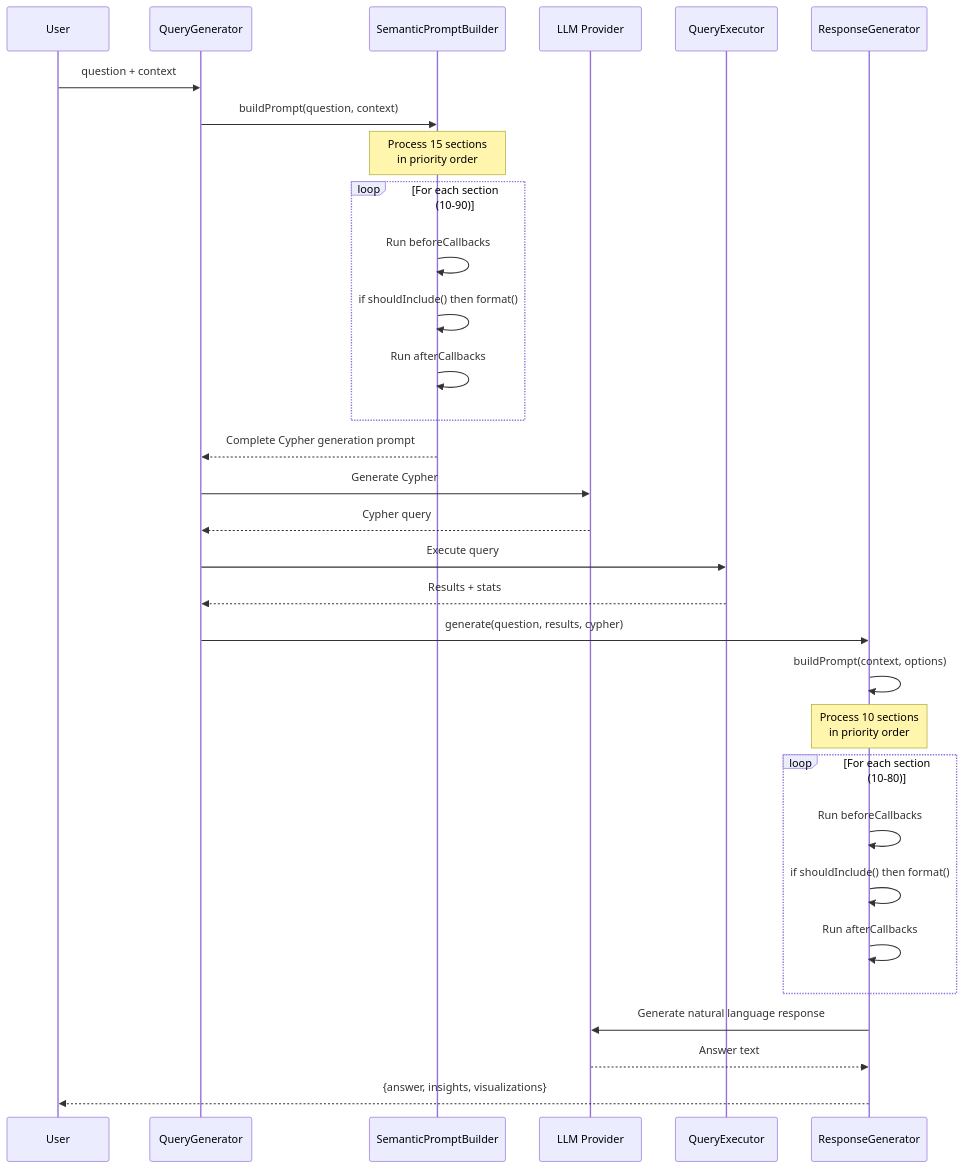
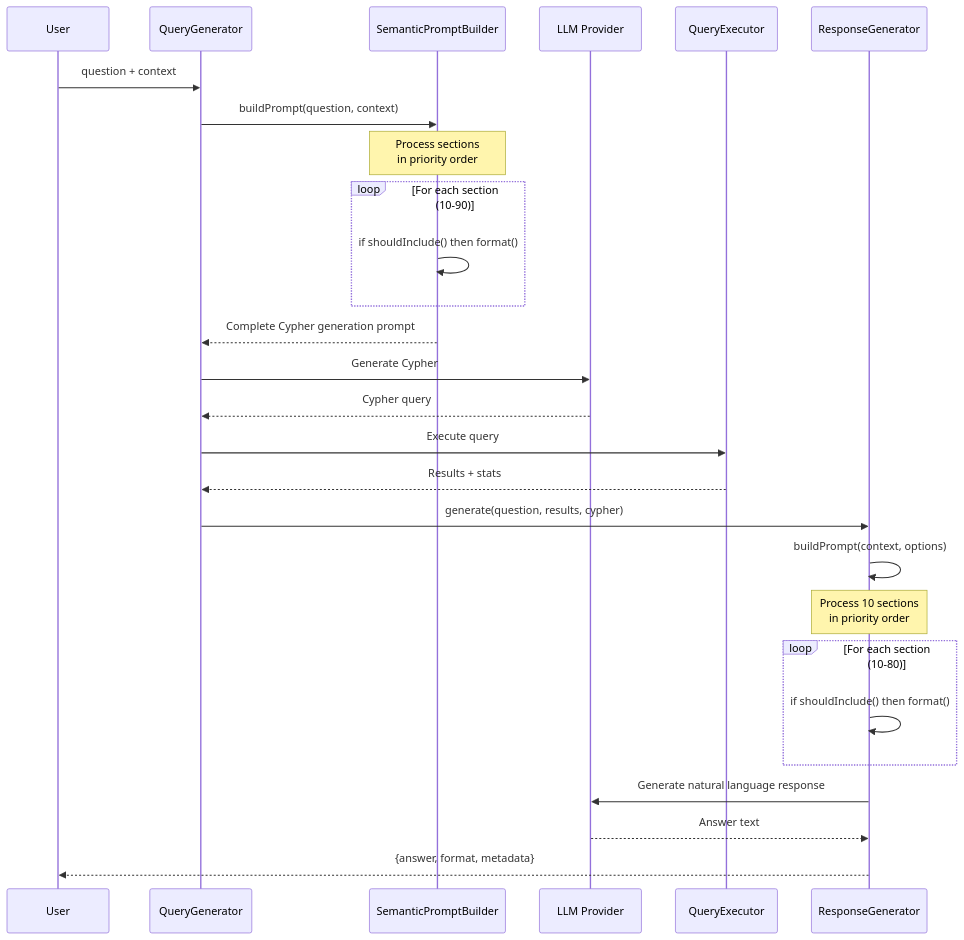
One commit to condoedge/AI changed the fifth of 5 diagrams in resources/docs/1.0/chat/module-pipeline.md. Above: the diagram before and after it, drawn with Mermaid. The commit also changed other lines of this file and 786 other files, not shown here.

````diff
--- a/resources/docs/1.0/chat/module-pipeline.md
+++ b/resources/docs/1.0/chat/module-pipeline.md
@@ -486,41 +418,37 @@
 ```mermaid
 sequenceDiagram
     participant User
     participant QueryGen as QueryGenerator
     participant PromptBuilder as SemanticPromptBuilder
     participant LLM as LLM Provider
     participant QueryExec as QueryExecutor
     participant ResponseGen as ResponseGenerator
 
     User->>QueryGen: question + context
     QueryGen->>PromptBuilder: buildPrompt(question, context)
 
-    Note over PromptBuilder: Process 15 sections<br/>in priority order
+    Note over PromptBuilder: Process sections<br/>in priority order
 
     loop For each section (10-90)
-        PromptBuilder->>PromptBuilder: Run beforeCallbacks
         PromptBuilder->>PromptBuilder: if shouldInclude() then format()
-        PromptBuilder->>PromptBuilder: Run afterCallbacks
     end
 
     PromptBuilder-->>QueryGen: Complete Cypher generation prompt
     QueryGen->>LLM: Generate Cypher
     LLM-->>QueryGen: Cypher query
     QueryGen->>QueryExec: Execute query
     QueryExec-->>QueryGen: Results + stats
 
     QueryGen->>ResponseGen: generate(question, results, cypher)
     ResponseGen->>ResponseGen: buildPrompt(context, options)
 
     Note over ResponseGen: Process 10 sections<br/>in priority order
 
     loop For each section (10-80)
-        ResponseGen->>ResponseGen: Run beforeCallbacks
         ResponseGen->>ResponseGen: if shouldInclude() then format()
-        ResponseGen->>ResponseGen: Run afterCallbacks
     end
 
     ResponseGen->>LLM: Generate natural language response
     LLM-->>ResponseGen: Answer text
-    ResponseGen-->>User: {answer, insights, visualizations}
+    ResponseGen-->>User: {answer, format, metadata}
 ```
````
